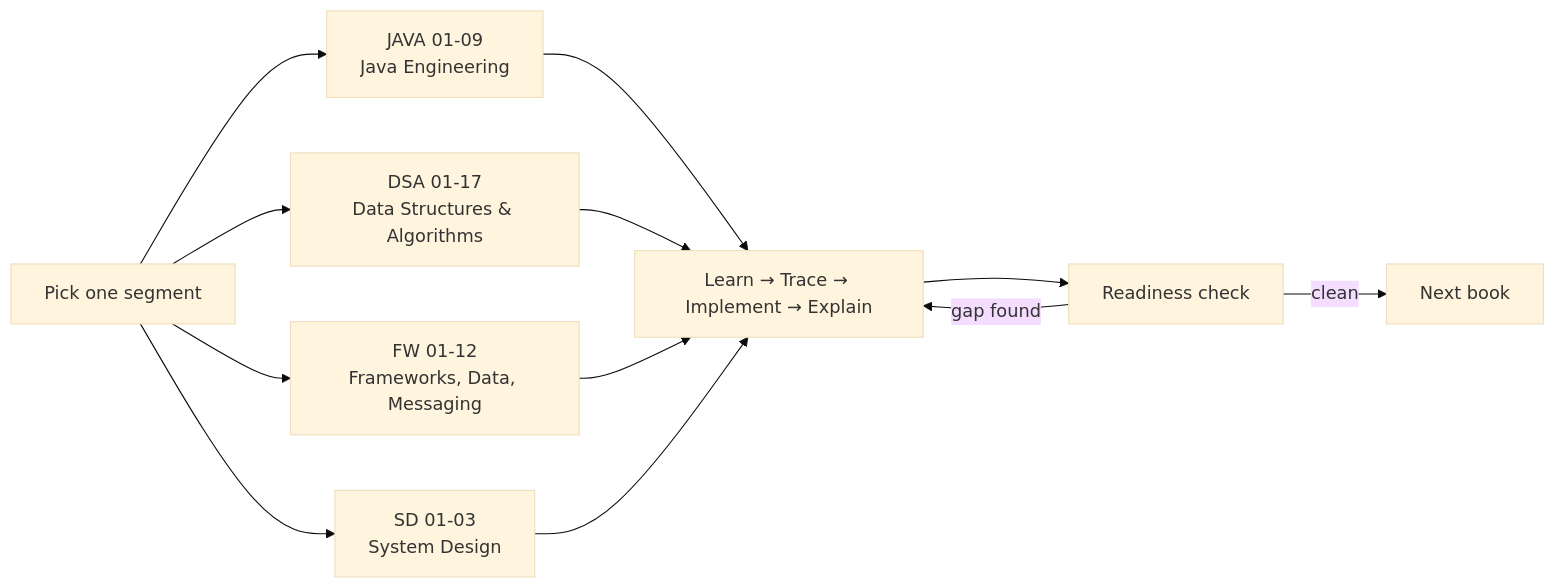
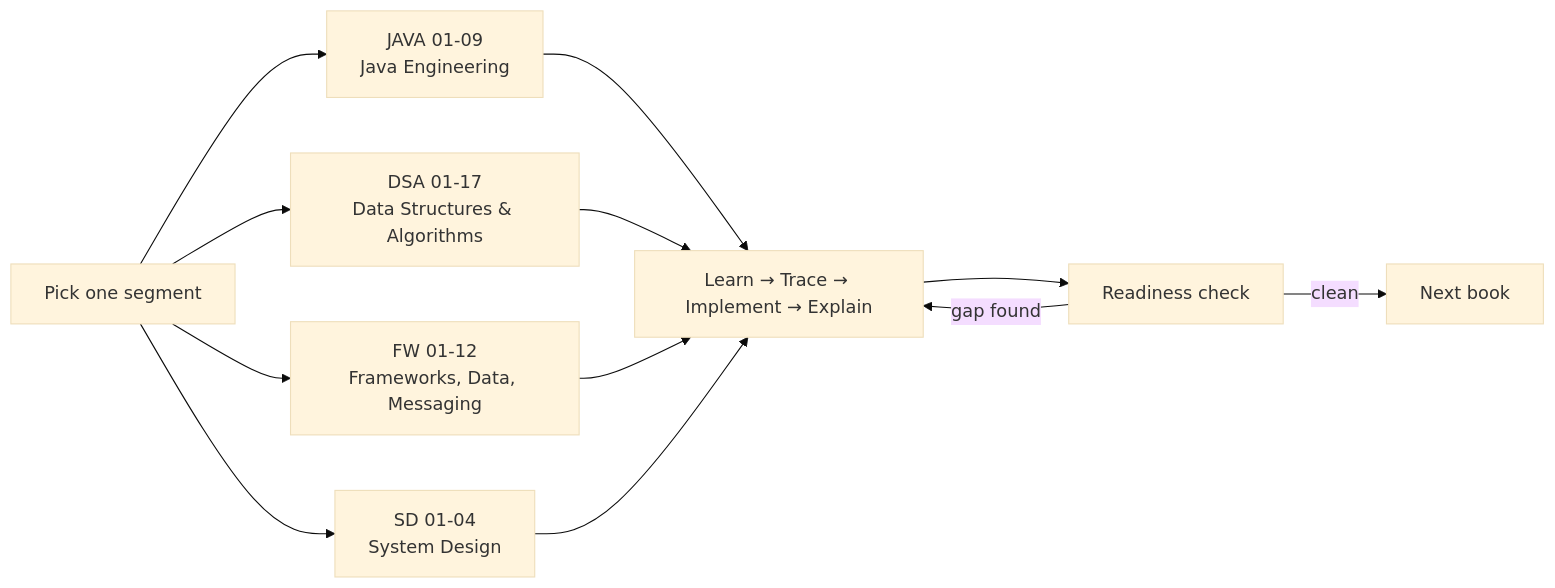
One commit to vinayreddykalluri/SDE2-Interview-Handbook changed the diagram in README.md. Above: the diagram before and after it, drawn with Mermaid (base theme). The commit also changed other lines of this file and 34 other files, not shown here.

````diff
--- a/README.md
+++ b/README.md
@@ -181,14 +183,14 @@
 ```mermaid
 flowchart LR
     Start["Pick one segment"] --> Java["JAVA 01-09<br/>Java Engineering"]
     Start --> DSA["DSA 01-17<br/>Data Structures & Algorithms"]
     Start --> FW["FW 01-12<br/>Frameworks, Data, Messaging"]
-    Start --> SD["SD 01-03<br/>System Design"]
+    Start --> SD["SD 01-04<br/>System Design"]
     Java --> Loop["Learn → Trace → Implement → Explain"]
     DSA --> Loop
     FW --> Loop
     SD --> Loop
     Loop --> Gate["Readiness check"]
     Gate -->|gap found| Loop
     Gate -->|clean| Next["Next book"]
 ```
````
